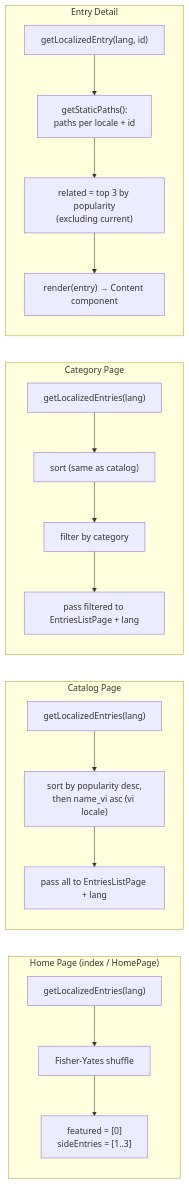
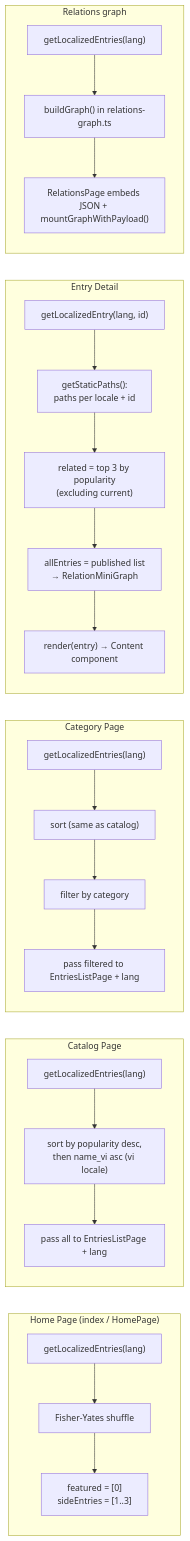
One commit to khanhhung142/mythic-pages changed the second of 3 diagrams in doc/data-flow.md. Above: the diagram before and after it, drawn with Mermaid. The commit also changed 31 other files, not shown here.

````diff
--- a/doc/data-flow.md
+++ b/doc/data-flow.md
@@ -57,20 +57,26 @@
 ```mermaid
 graph LR
     subgraph "Home Page (index / HomePage)"
         H1["getLocalizedEntries(lang)"] --> H2["Fisher-Yates shuffle"] --> H3["featured = [0]<br/>sideEntries = [1..3]"]
     end
 
     subgraph "Catalog Page"
         C1["getLocalizedEntries(lang)"] --> C2["sort by popularity desc,<br/>then name_vi asc (vi locale)"] --> C3["pass all to EntriesListPage + lang"]
     end
 
     subgraph "Category Page"
         F1["getLocalizedEntries(lang)"] --> F2["sort (same as catalog)"] --> F3["filter by category"] --> F4["pass filtered to EntriesListPage + lang"]
     end
 
     subgraph "Entry Detail"
         E1["getLocalizedEntry(lang, id)"] --> E2["getStaticPaths():<br/>paths per locale + id"]
         E2 --> E3["related = top 3 by popularity<br/>(excluding current)"]
-        E3 --> E4["render(entry) → Content component"]
+        E3 --> E3b["allEntries = published list<br/>→ RelationMiniGraph"]
+        E3b --> E4["render(entry) → Content component"]
+    end
+
+    subgraph "Relations graph"
+        R1["getLocalizedEntries(lang)"] --> R2["buildGraph() in relations-graph.ts"]
+        R2 --> R3["RelationsPage embeds JSON + mountGraphWithPayload()"]
     end
 ```
````
